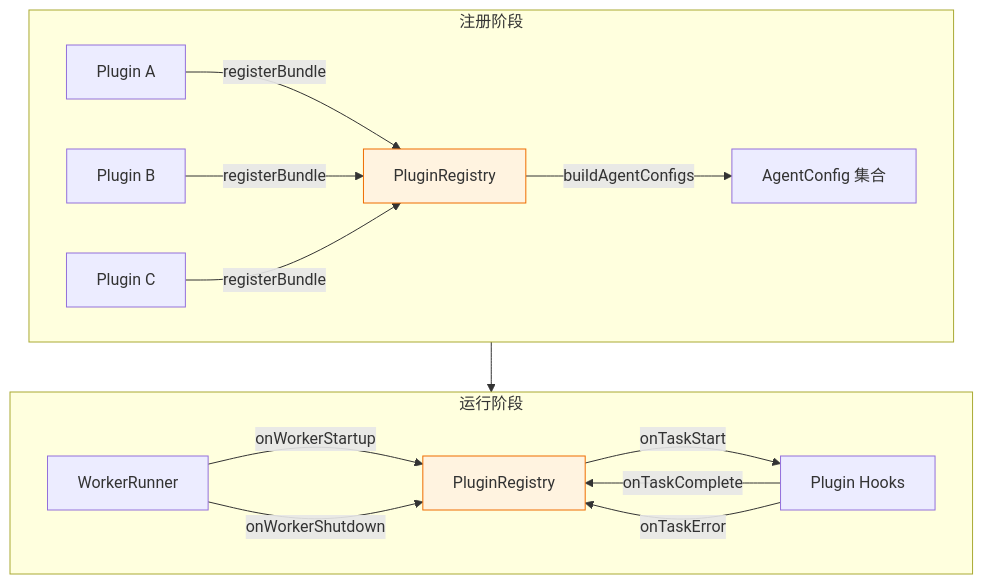
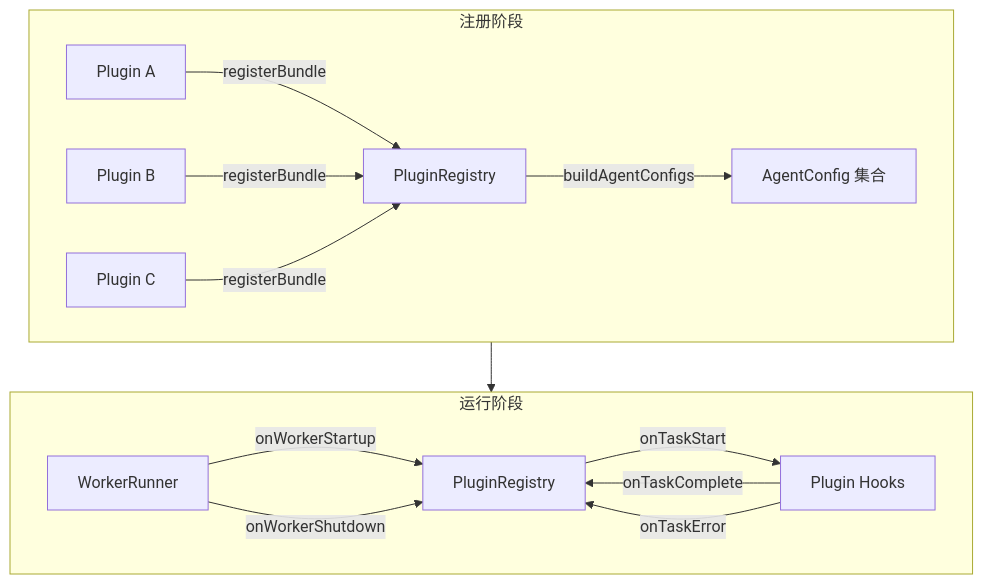
One commit to beyonai/by-framework-docs changed the first of 4 diagrams in docs/architecture/plugin-system.md. Above: the diagram before and after it, drawn with Mermaid. The commit also changed other lines of this file and 46 other files, not shown here.

````diff
--- a/docs/architecture/plugin-system.md
+++ b/docs/architecture/plugin-system.md
@@ -5,22 +5,20 @@
 ```mermaid
 graph TB
     subgraph 注册阶段
         P1["Plugin A"] -->|registerBundle| PR["PluginRegistry"]
         P2["Plugin B"] -->|registerBundle| PR
         P3["Plugin C"] -->|registerBundle| PR
         PR -->|buildAgentConfigs| AC["AgentConfig 集合"]
     end
 
     subgraph 运行阶段
         Runner["WorkerRunner"] -->|onWorkerStartup| PR2["PluginRegistry"]
         PR2 -->|onTaskStart| Hooks["Plugin Hooks"]
         Hooks -->|onTaskComplete| PR2
         Hooks -->|onTaskError| PR2
         Runner -->|onWorkerShutdown| PR2
     end
 
     注册阶段 --> 运行阶段
 
-    style PR fill:#fff3e0,stroke:#ef6c00
-    style PR2 fill:#fff3e0,stroke:#ef6c00
 ```
````
